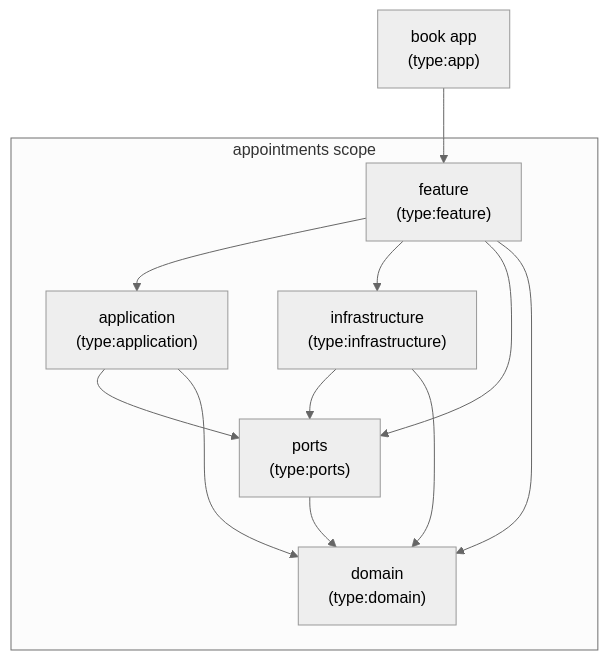
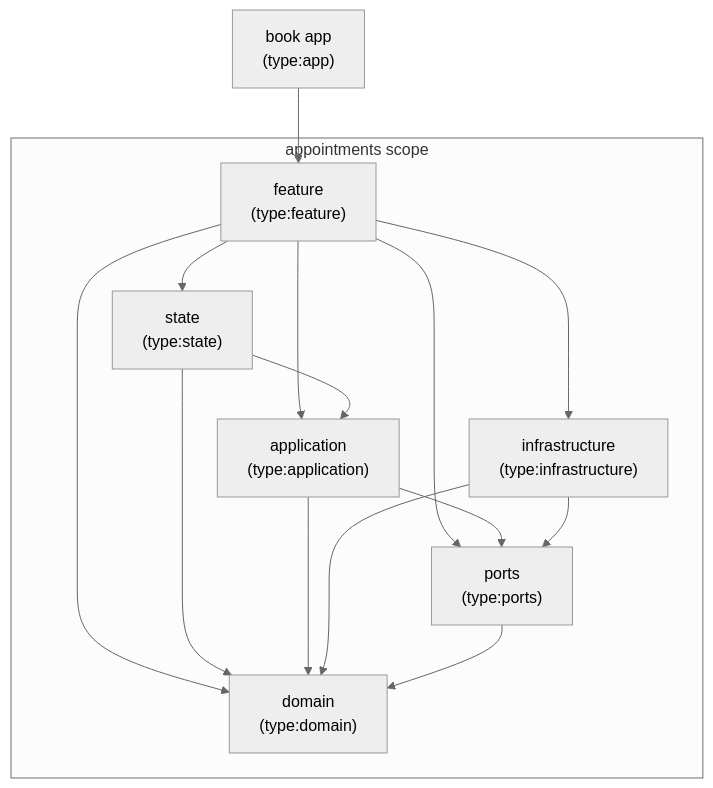
Before and after one commit to Gillesf31/hexa: the first of 3 diagrams in README.md, drawn with Mermaid (neutral theme). The commit also changed other lines of this file and 22 other files, not shown here.

````diff
--- a/README.md
+++ b/README.md
@@ -14,23 +14,27 @@
 ```mermaid
 flowchart TB
   APP["book app\n(type:app)"]
 
   subgraph APPOINTMENTS["appointments scope"]
     FEATURE["feature\n(type:feature)"]
+    STATE["state\n(type:state)"]
     APPLICATION["application\n(type:application)"]
     INFRA["infrastructure\n(type:infrastructure)"]
     PORTS["ports\n(type:ports)"]
     DOMAIN["domain\n(type:domain)"]
   end
 
   APP --> FEATURE
+  FEATURE --> STATE
   FEATURE --> APPLICATION
   FEATURE --> INFRA
   FEATURE --> PORTS
   FEATURE --> DOMAIN
+  STATE --> APPLICATION
+  STATE --> DOMAIN
   APPLICATION --> PORTS
   APPLICATION --> DOMAIN
   INFRA --> PORTS
   INFRA --> DOMAIN
   PORTS --> DOMAIN
 ```
````
